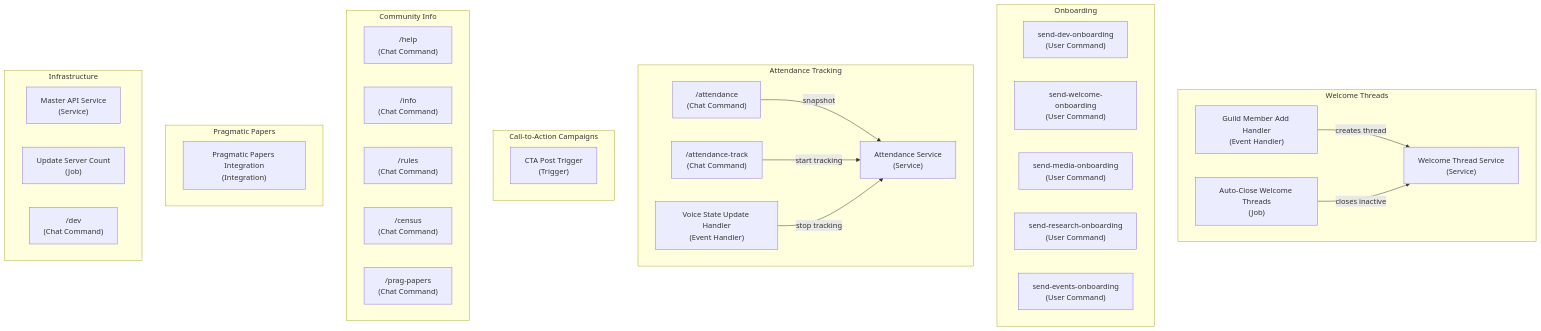
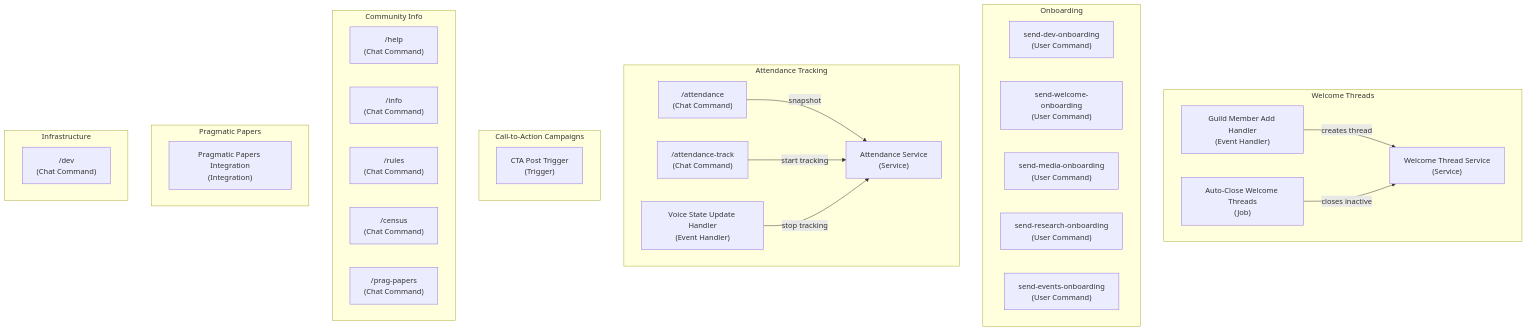
The second of 2 diagrams in docs/BotArchitecture.md (digitalgroundgame/digital-ground-game-discord-bot), drawn with Mermaid before and after one commit. The commit also changed other lines of this file and 55 other files, not shown here.

````diff
--- a/docs/BotArchitecture.md
+++ b/docs/BotArchitecture.md
@@ -84,50 +82,48 @@
 ```mermaid
 graph TB
     subgraph WelcomeThreads["Welcome Threads"]
         WT_Handler["Guild Member Add Handler<br/>(Event Handler)"]
         WT_Svc["Welcome Thread Service<br/>(Service)"]
         WT_Job["Auto-Close Welcome Threads<br/>(Job)"]
         WT_Handler -->|creates thread| WT_Svc
         WT_Job -->|closes inactive| WT_Svc
     end
 
     subgraph Onboarding["Onboarding"]
         Onb_Dev["send-dev-onboarding<br/>(User Command)"]
         Onb_Welcome["send-welcome-onboarding<br/>(User Command)"]
         Onb_Media["send-media-onboarding<br/>(User Command)"]
         Onb_Research["send-research-onboarding<br/>(User Command)"]
         Onb_Events["send-events-onboarding<br/>(User Command)"]
     end
 
     subgraph AttendanceTracking["Attendance Tracking"]
         Att_Cmd["/attendance<br/>(Chat Command)"]
         Att_Track["/attendance-track<br/>(Chat Command)"]
         Att_Svc["Attendance Service<br/>(Service)"]
         Att_Handler["Voice State Update Handler<br/>(Event Handler)"]
         Att_Cmd -->|snapshot| Att_Svc
         Att_Track -->|start tracking| Att_Svc
         Att_Handler -->|stop tracking| Att_Svc
     end
 
     subgraph CTA["Call-to-Action Campaigns"]
         CTA_Trig["CTA Post Trigger<br/>(Trigger)"]
     end
 
     subgraph CommunityInfo["Community Info"]
         Cmd_Help["/help<br/>(Chat Command)"]
         Cmd_Info["/info<br/>(Chat Command)"]
         Cmd_Rules["/rules<br/>(Chat Command)"]
         Cmd_Census["/census<br/>(Chat Command)"]
         Cmd_PragPapers["/prag-papers<br/>(Chat Command)"]
     end
 
     subgraph PragPapers["Pragmatic Papers"]
         PP_Int["Pragmatic Papers Integration<br/>(Integration)"]
     end
 
     subgraph Infrastructure["Infrastructure"]
-        Infra_MasterAPI["Master API Service<br/>(Service)"]
-        Infra_Count["Update Server Count<br/>(Job)"]
         Infra_Dev["/dev<br/>(Chat Command)"]
     end
 ```
````
